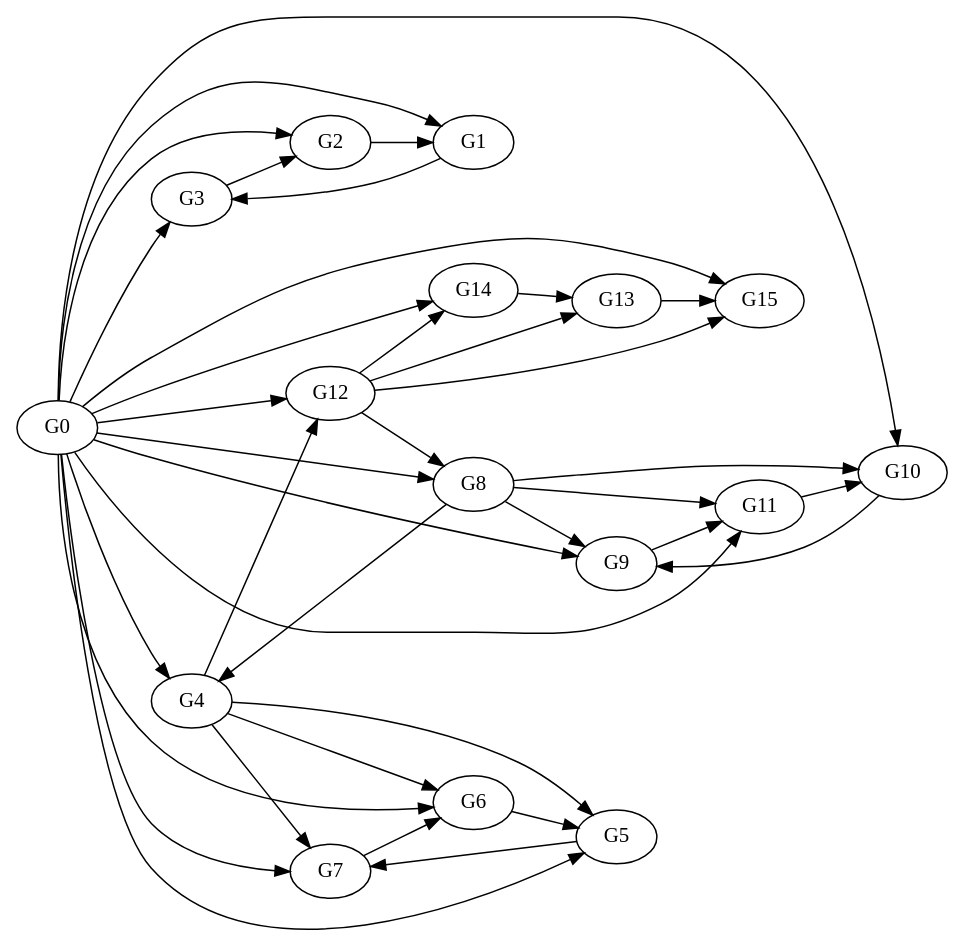
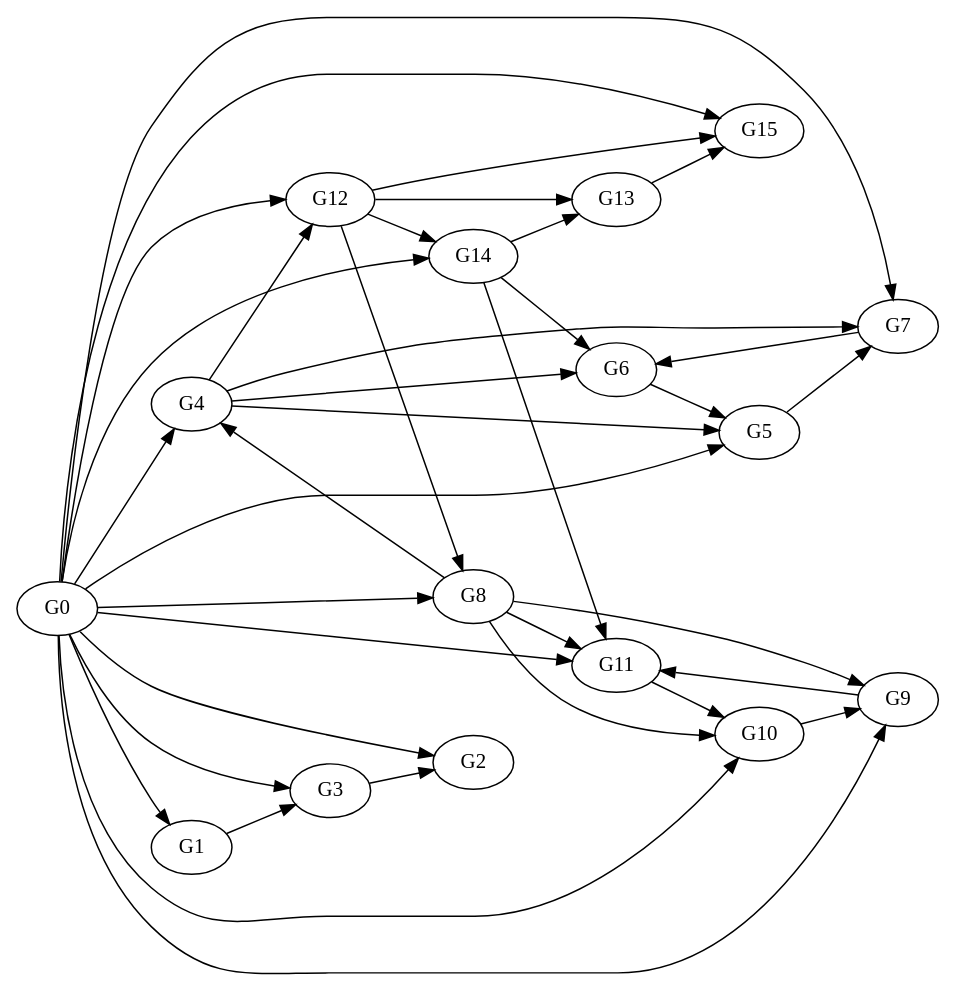
One commit to linn24/FYP changed the diagram in GeneRegulatoryNetwork_Linn/Example_DeleteEdgeTest.dot. Above: the diagram before and after it, drawn with Graphviz. The commit also changed 3 other files, not shown here.

```diff
--- a/GeneRegulatoryNetwork_Linn/Example_DeleteEdgeTest.dot
+++ b/GeneRegulatoryNetwork_Linn/Example_DeleteEdgeTest.dot
@@ -1,56 +1,56 @@
 digraph "Example_DeleteEdgeTest" {
 	rankdir=LR;
 	"G4";
 	"G15";
 	"G3";
 	"G14";
 	"G2";
 	"G13";
 	"G1";
+	"G0";
 	"G12";
-	"G0";
 	"G11";
 	"G10";
 	"G9";
 	"G8";
 	"G7";
 	"G6";
 	"G5";
+	"G3" -> "G2";
+	"G8" -> "G11";
+	"G14" -> "G6";
+	"G14" -> "G11";
+	"G0" -> "G10";
+	"G4" -> "G6";
+	"G5" -> "G7";
+	"G6" -> "G5";
+	"G4" -> "G5";
+	"G7" -> "G6";
 	"G8" -> "G4";
-	"G6" -> "G5";
+	"G12" -> "G15";
 	"G11" -> "G10";
-	"G9" -> "G11";
 	"G0" -> "G4";
-	"G0" -> "G9";
-	"G0" -> "G3";
-	"G4" -> "G6";
-	"G0" -> "G14";
-	"G0" -> "G11";
-	"G8" -> "G9";
-	"G12" -> "G14";
-	"G0" -> "G6";
-	"G13" -> "G15";
-	"G2" -> "G1";
-	"G5" -> "G7";
-	"G4" -> "G12";
-	"G8" -> "G11";
-	"G0" -> "G2";
-	"G4" -> "G5";
-	"G0" -> "G8";
-	"G0" -> "G10";
 	"G12" -> "G8";
-	"G7" -> "G6";
-	"G12" -> "G13";
 	"G10" -> "G9";
 	"G1" -> "G3";
-	"G12" -> "G15";
+	"G4" -> "G7";
+	"G4" -> "G12";
+	"G8" -> "G9";
+	"G0" -> "G2";
+	"G0" -> "G12";
+	"G9" -> "G11";
+	"G12" -> "G14";
+	"G0" -> "G9";
+	"G8" -> "G10";
+	"G0" -> "G3";
+	"G12" -> "G13";
+	"G0" -> "G15";
+	"G0" -> "G11";
+	"G0" -> "G14";
+	"G0" -> "G1";
 	"G0" -> "G5";
-	"G4" -> "G7";
-	"G0" -> "G12";
-	"G0" -> "G15";
-	"G8" -> "G10";
-	"G0" -> "G1";
+	"G13" -> "G15";
 	"G0" -> "G7";
+	"G0" -> "G8";
 	"G14" -> "G13";
-	"G3" -> "G2";
 }
```
